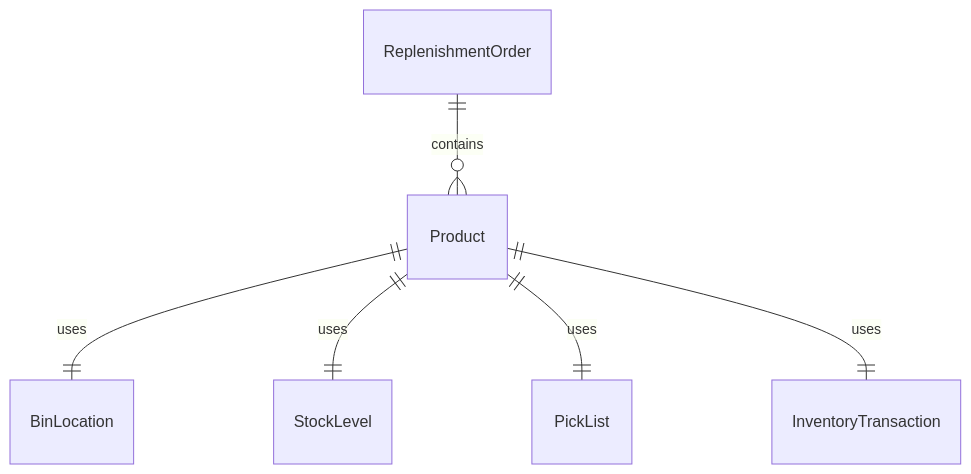
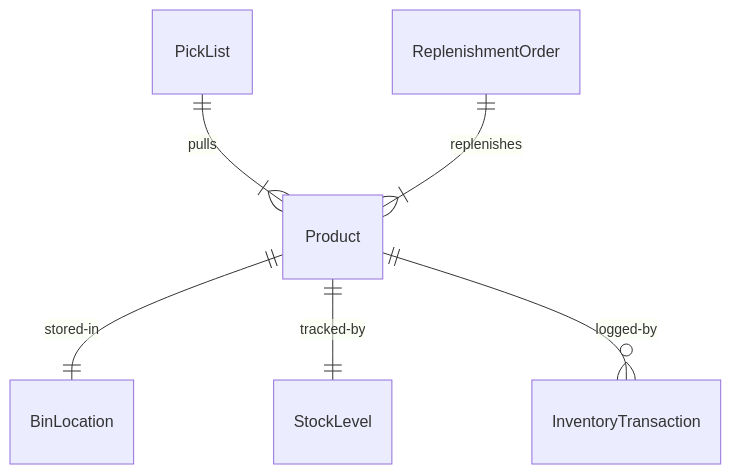
One commit to dot-org-ai/tasks.org.ai changed the first of 4 diagrams in HandlingAndMovingObjects/StockSuppliesOrProducts/StockProductsParts.mdx. Above: the diagram before and after it, drawn with Mermaid. The commit also changed other lines of this file and 515 other files, not shown here.

````diff
--- a/HandlingAndMovingObjects/StockSuppliesOrProducts/StockProductsParts.mdx
+++ b/HandlingAndMovingObjects/StockSuppliesOrProducts/StockProductsParts.mdx
@@ -88,8 +88,8 @@
 ```mermaid
 erDiagram
-    Product ||--|| BinLocation : "uses"
-    Product ||--|| StockLevel : "uses"
-    Product ||--|| PickList : "uses"
-    ReplenishmentOrder ||--o{ Product : "contains"
-    Product ||--|| InventoryTransaction : "uses"
+    Product ||--|| BinLocation : "stored-in"
+    Product ||--|| StockLevel : "tracked-by"
+    PickList ||--|{ Product : "pulls"
+    ReplenishmentOrder ||--|{ Product : "replenishes"
+    Product ||--o{ InventoryTransaction : "logged-by"
 ```
````
